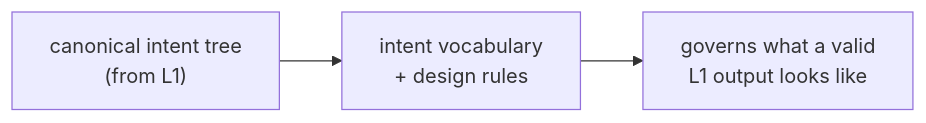
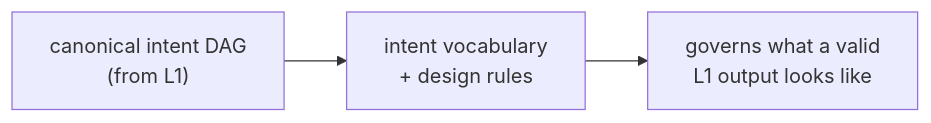
The second of 6 diagrams in old_docs/docs/design.md (ProjectASAP/ASAPPlanner), drawn with Mermaid before and after one commit. The commit also changed other lines of this file and 156 other files, not shown here.

First line of the commit message:
refactor: call the operator IR a DAG, not a graph or tree (#544)

````diff
--- a/old_docs/docs/design.md
+++ b/old_docs/docs/design.md
@@ -117,5 +117,5 @@
 ```mermaid
 flowchart LR
-    L1T["canonical intent tree\n(from L1)"] --> V["intent vocabulary\n+ design rules"]
+    L1T["canonical intent DAG\n(from L1)"] --> V["intent vocabulary\n+ design rules"]
     V --> L2G["governs what a valid\nL1 output looks like"]
 ```
````
